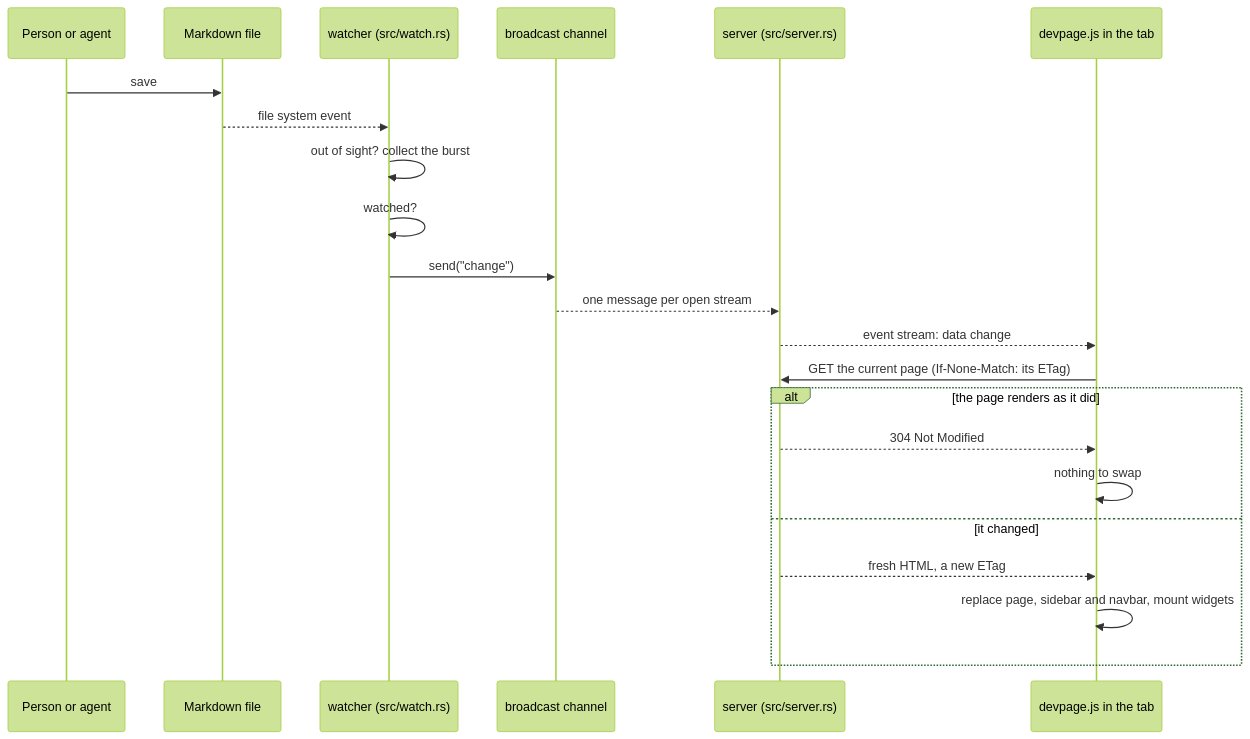
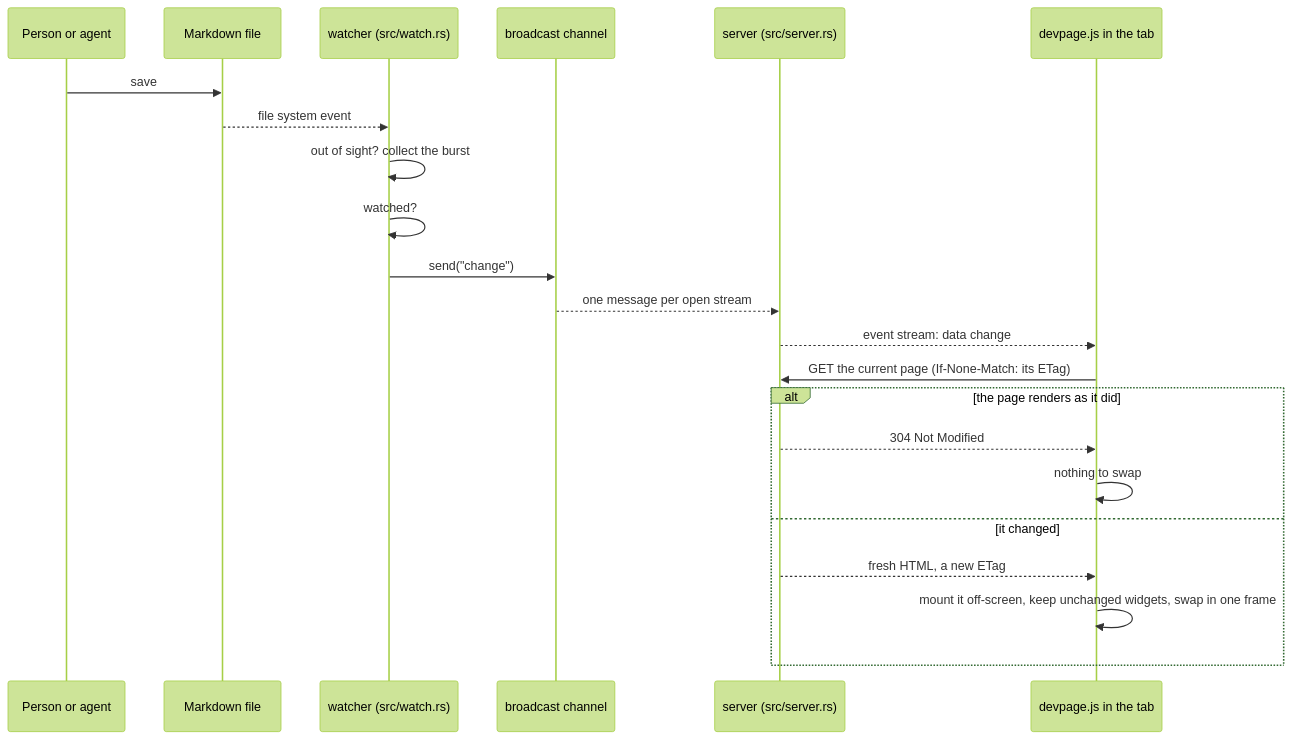
The first of 2 diagrams in docs/boxes/viewer/live-updates/README.md (andrei512/devpage), drawn with Mermaid (forest theme) before and after one commit. The commit also changed other lines of this file and 13 other files, not shown here.

First line of the commit message:
One swap path: fetch, stage, commit

````diff
--- a/docs/boxes/viewer/live-updates/README.md
+++ b/docs/boxes/viewer/live-updates/README.md
@@ -13,24 +13,24 @@
 ```mermaid
 sequenceDiagram
   participant Editor as Person or agent
   participant Disk as Markdown file
   participant Watcher as watcher (src/watch.rs)
   participant Channel as broadcast channel
   participant Server as server (src/server.rs)
   participant Page as devpage.js in the tab
   Editor->>Disk: save
   Disk-->>Watcher: file system event
   Watcher->>Watcher: out of sight? collect the burst
   Watcher->>Watcher: watched?
   Watcher->>Channel: send("change")
   Channel-->>Server: one message per open stream
   Server-->>Page: event stream: data change
   Page->>Server: GET the current page (If-None-Match: its ETag)
   alt the page renders as it did
     Server-->>Page: 304 Not Modified
     Page->>Page: nothing to swap
   else it changed
     Server-->>Page: fresh HTML, a new ETag
-    Page->>Page: replace page, sidebar and navbar, mount widgets
+    Page->>Page: mount it off-screen, keep unchanged widgets, swap in one frame
   end
 ```
````
